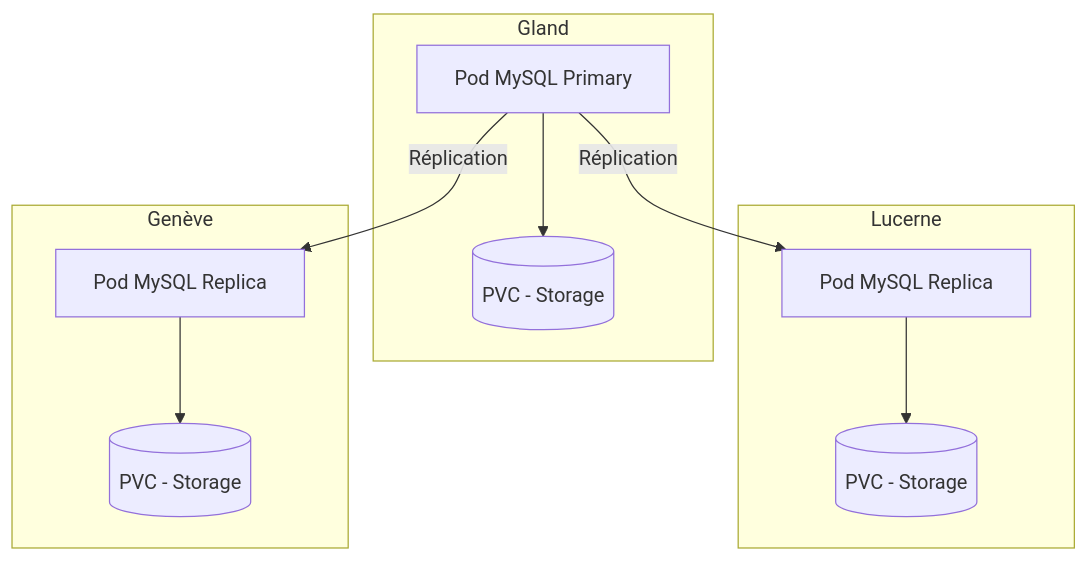
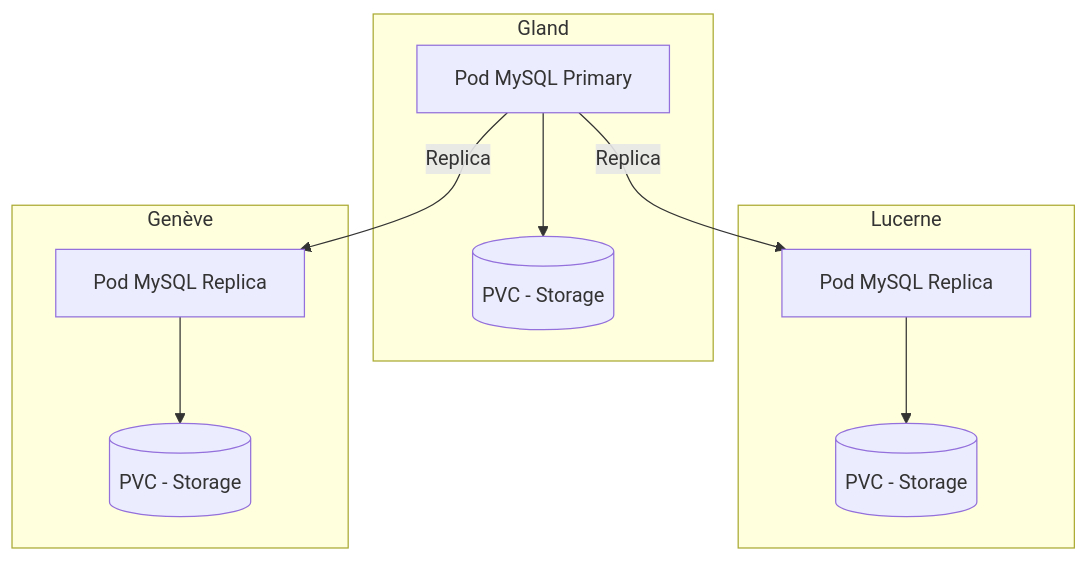
Before and after one commit to HidoraSwiss/hikube-public-doc: the diagram in i18n/it/docusaurus-plugin-content-docs/current/services/databases/mysql/overview.md, drawn with Mermaid. The commit also changed other lines of this file and 121 other files, not shown here.

````diff
--- a/i18n/it/docusaurus-plugin-content-docs/current/services/databases/mysql/overview.md
+++ b/i18n/it/docusaurus-plugin-content-docs/current/services/databases/mysql/overview.md
@@ -29,17 +29,17 @@
 ```mermaid
 graph TD
     subgraph Gland
         P1[Pod MySQL Primary] --> PVC1[(PVC - Storage)]
     end
 
     subgraph Lucerne
         P2[Pod MySQL Replica] --> PVC2[(PVC - Storage)]
     end
 
     subgraph Genève
         P3[Pod MySQL Replica] --> PVC3[(PVC - Storage)]
     end
 
-    P1 -->|Réplication| P2
-    P1 -->|Réplication| P3
+    P1 -->|Replica| P2
+    P1 -->|Replica| P3
 ```
````
